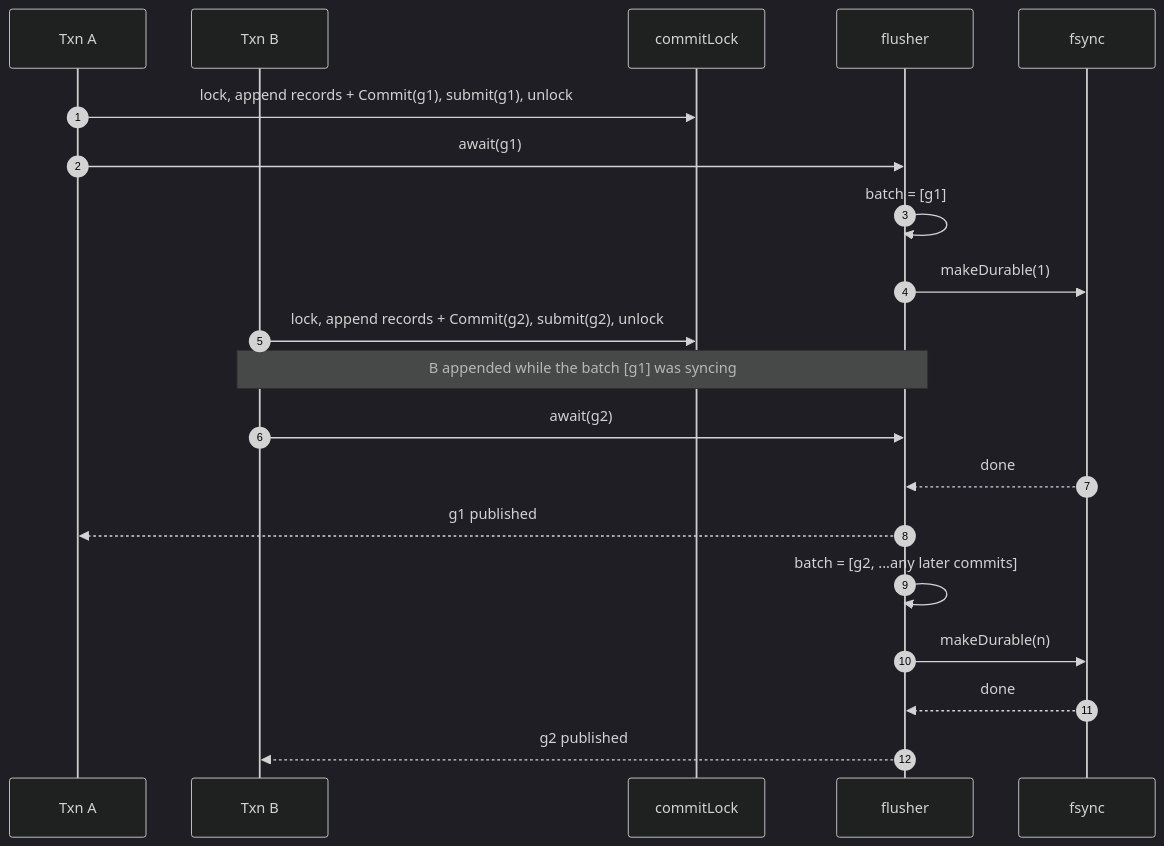
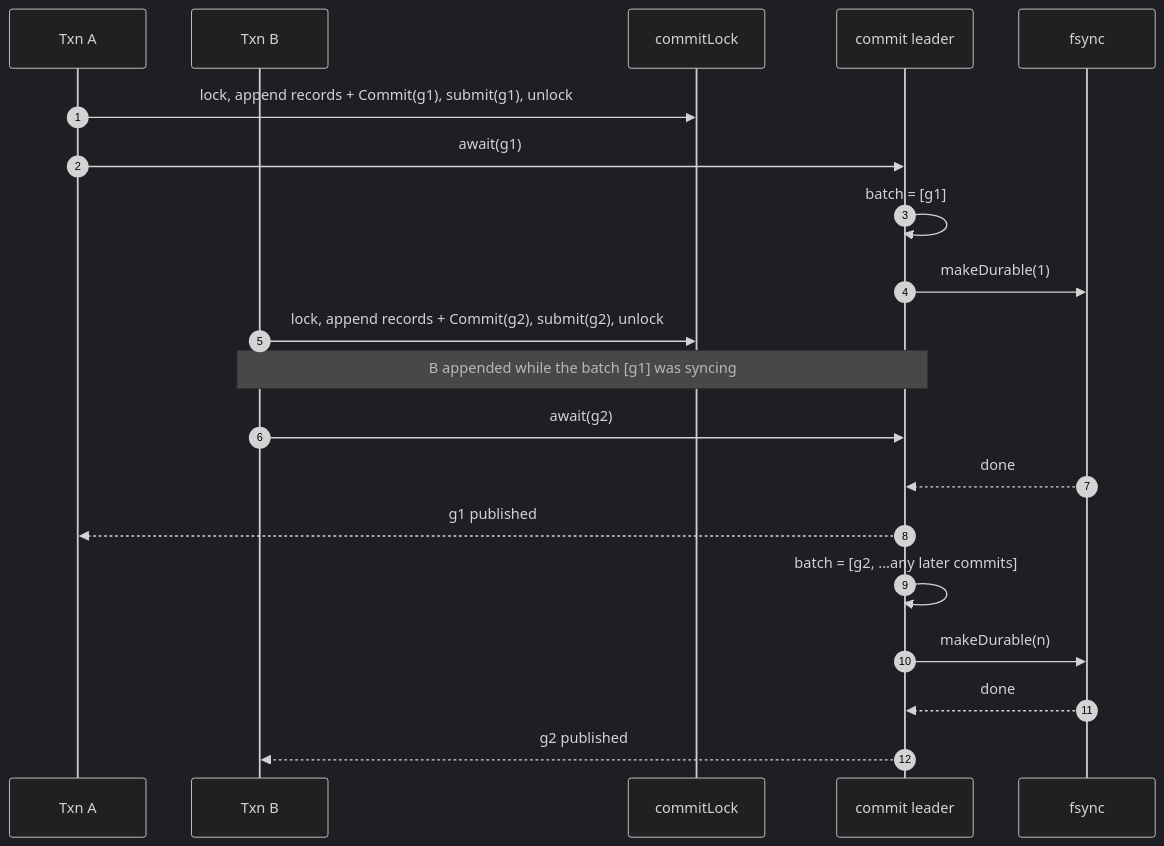
The fourth of 5 diagrams in docs/transactions/transactions.md (metacoglabs/hypergraph), drawn with Mermaid (dark theme) before and after one commit. The commit also changed other lines of this file and 5 other files, not shown here.

````diff
--- a/docs/transactions/transactions.md
+++ b/docs/transactions/transactions.md
@@ -295,22 +296,22 @@
 ```mermaid
 sequenceDiagram
     autonumber
     participant A as Txn A
     participant B as Txn B
     participant L as commitLock
-    participant G as flusher
+    participant G as commit leader
     participant Disk as fsync
     A->>L: lock, append records + Commit(g1), submit(g1), unlock
     A->>G: await(g1)
     G->>G: batch = [g1]
     G->>Disk: makeDurable(1)
     B->>L: lock, append records + Commit(g2), submit(g2), unlock
     Note over B,G: B appended while the batch [g1] was syncing
     B->>G: await(g2)
     Disk-->>G: done
     G-->>A: g1 published
     G->>G: batch = [g2, ...any later commits]
     G->>Disk: makeDurable(n)
     Disk-->>G: done
     G-->>B: g2 published
 ```
````
